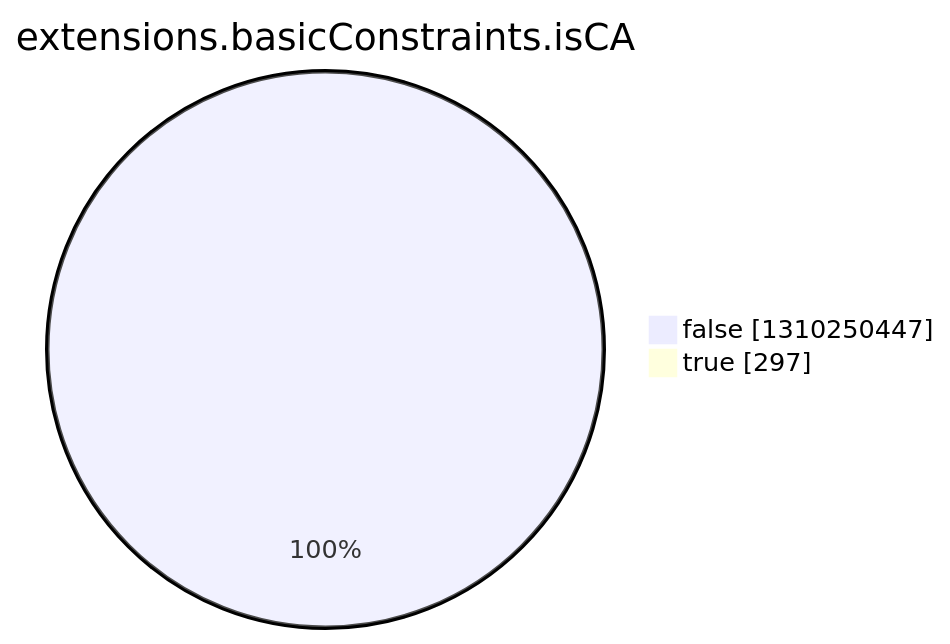
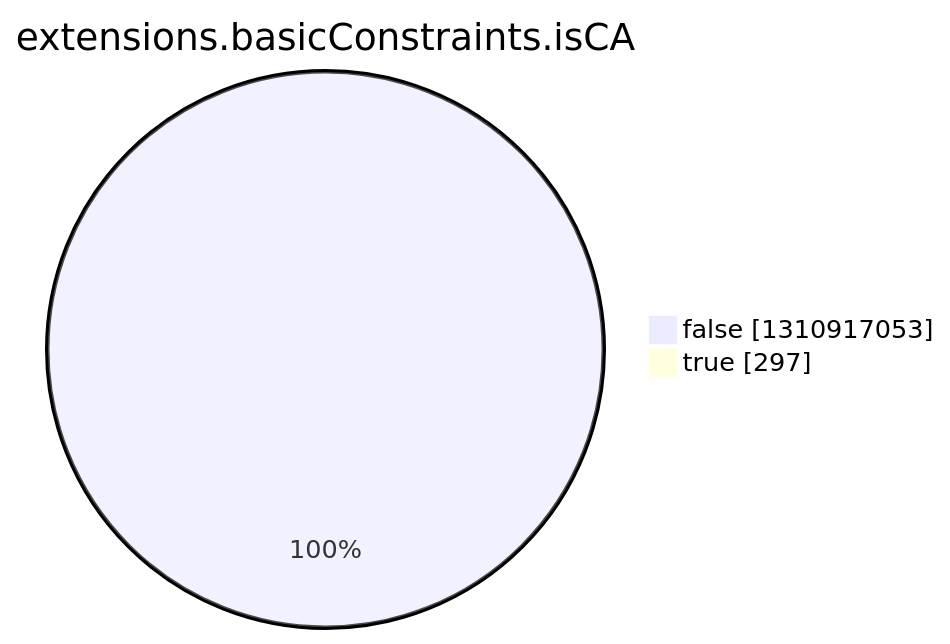
One commit to christiankrug/ctmonitor_visualization changed the eighth of 15 diagrams in argon2022/README.md. Above: the diagram before and after it, drawn with Mermaid. The commit also changed other lines of this file, not shown here.

````diff
--- a/argon2022/README.md
+++ b/argon2022/README.md
@@ -2758,6 +2758,6 @@
 ```mermaid
 pie showData
 title extensions.basicConstraints.isCA
-"false" :1310250447
+"false" :1310917053
 "true" :297
 ```
````
